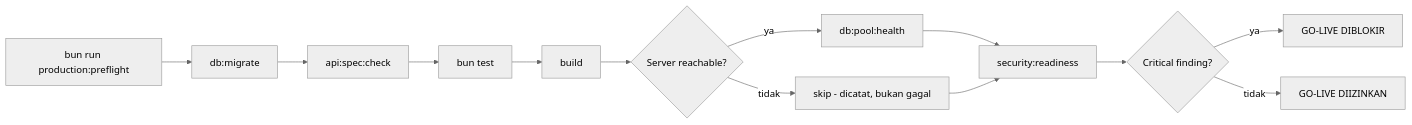
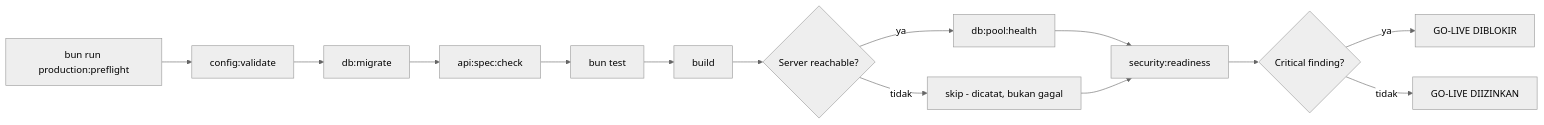
The diagram in docs/awcms-mini/production-readiness.md (ahliweb/awcms-mini), drawn with Mermaid (neutral theme) before and after one commit. The commit also changed other lines of this file and 13 other files, not shown here.

````diff
--- a/docs/awcms-mini/production-readiness.md
+++ b/docs/awcms-mini/production-readiness.md
@@ -10,15 +10,16 @@
 ```mermaid
 flowchart LR
-  Pre[bun run production:preflight] --> Mig[db:migrate]
+  Pre[bun run production:preflight] --> Cfg[config:validate]
+  Cfg --> Mig[db:migrate]
   Mig --> Spec[api:spec:check]
   Spec --> Test[bun test]
   Test --> Build[build]
   Build --> Probe{Server reachable?}
   Probe -->|ya| Pool[db:pool:health]
   Probe -->|tidak| Skip[skip - dicatat, bukan gagal]
   Pool --> Sec[security:readiness]
   Skip --> Sec
   Sec --> Gate{Critical finding?}
   Gate -->|ya| Block[GO-LIVE DIBLOKIR]
   Gate -->|tidak| Ready[GO-LIVE DIIZINKAN]
 ```
````
